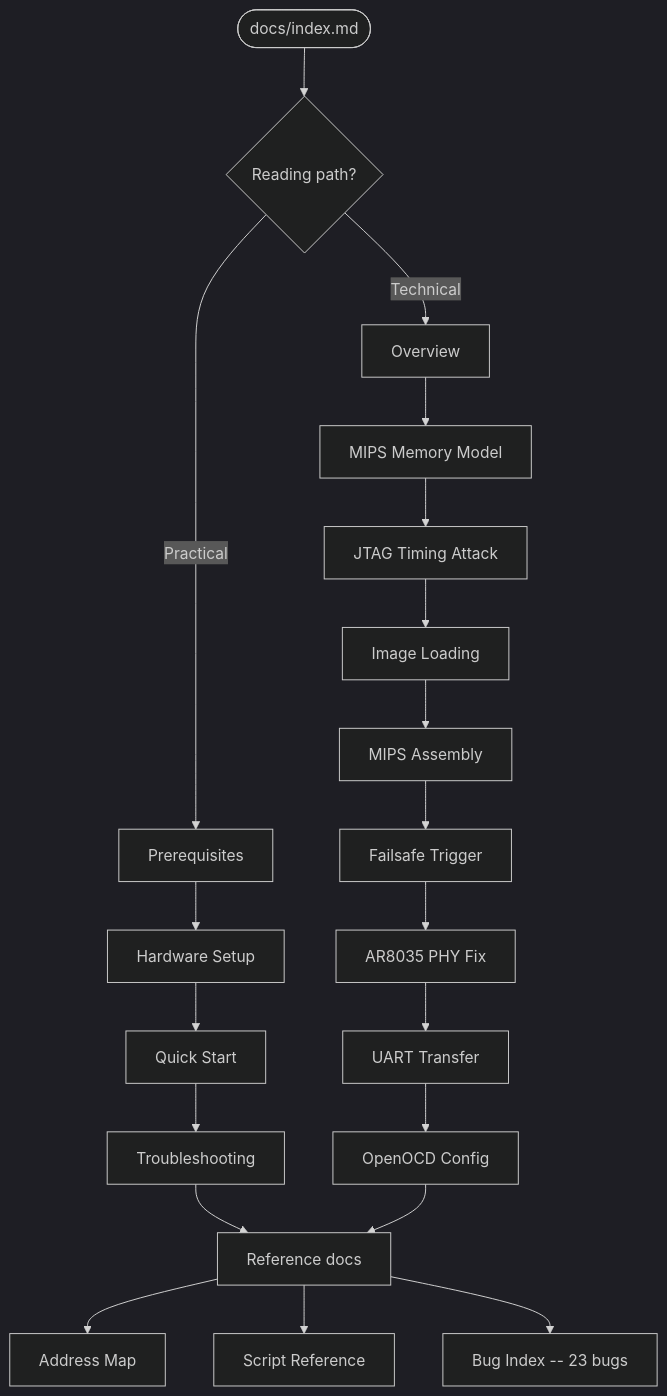
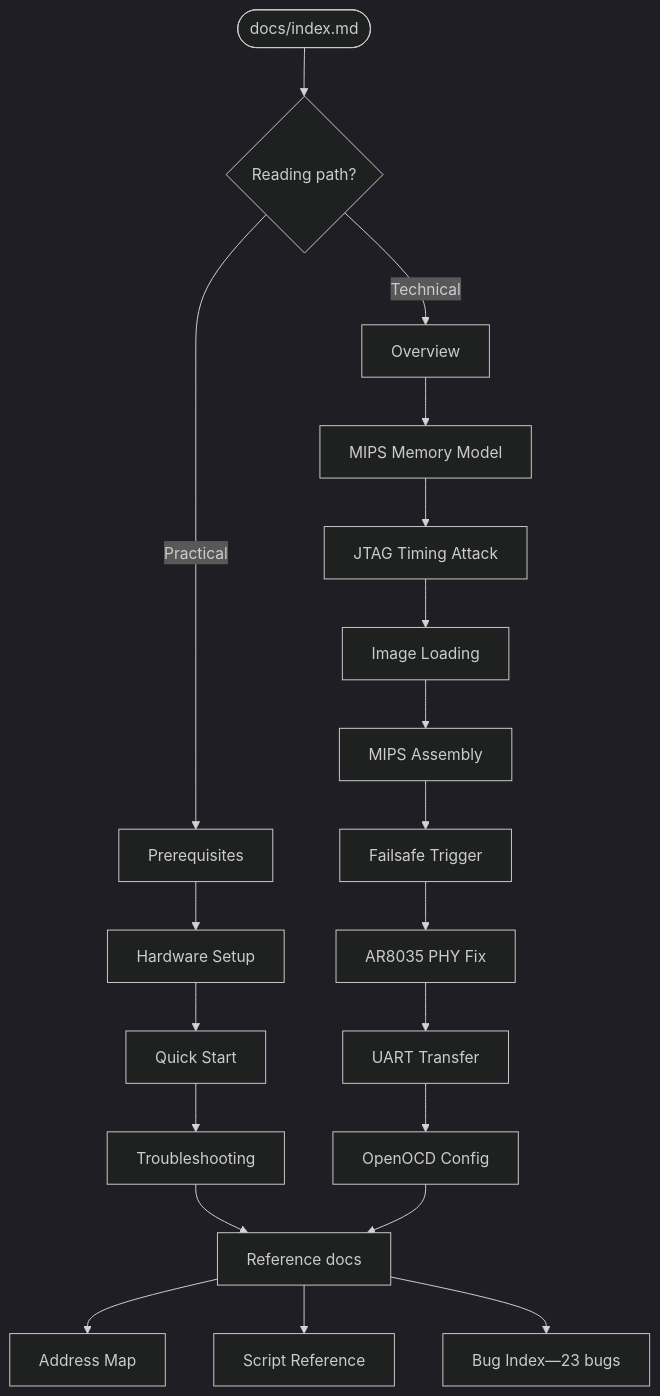
One commit to bsikar/mr18-openwrt changed the diagram in docs/index.md. Above: the diagram before and after it, drawn with Mermaid (dark theme). The commit also changed other lines of this file and 38 other files, not shown here.

````diff
--- a/docs/index.md
+++ b/docs/index.md
@@ -44,25 +44,25 @@
 ```mermaid
 flowchart TD
     START([docs/index.md]) --> CHOOSE{Reading path?}
 
     CHOOSE -->|Practical| P1[Prerequisites]
     P1 --> P2[Hardware Setup]
     P2 --> P3[Quick Start]
     P3 --> P4[Troubleshooting]
 
     CHOOSE -->|Technical| T1[Overview]
     T1 --> T2[MIPS Memory Model]
     T2 --> T3[JTAG Timing Attack]
     T3 --> T4[Image Loading]
     T4 --> T5[MIPS Assembly]
     T5 --> T6[Failsafe Trigger]
     T6 --> T7[AR8035 PHY Fix]
     T7 --> T8[UART Transfer]
     T8 --> T9[OpenOCD Config]
 
     P4 --> REF[Reference docs]
     T9 --> REF
     REF --> ADDR[Address Map]
     REF --> SCRIPT[Script Reference]
-    REF --> BUGS[Bug Index -- 23 bugs]
+    REF --> BUGS[Bug Index—23 bugs]
 ```
````
